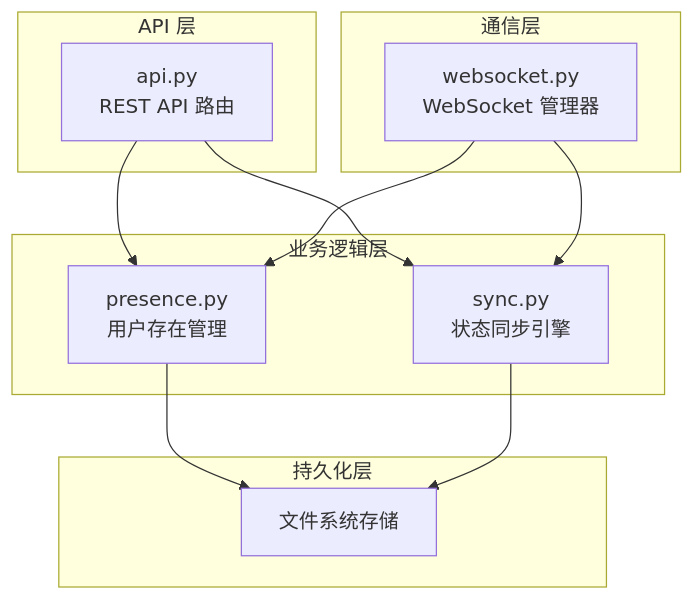
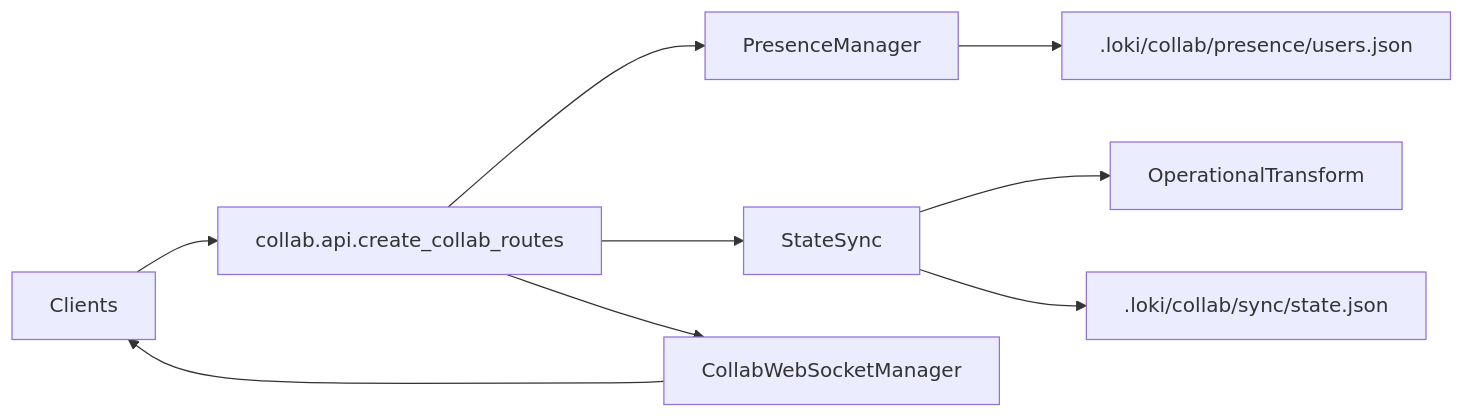
One commit to nerdneilsfield/code-wiki-pages changed the diagram in public/loki-mode-docs/Collaboration.md. Above: the diagram before and after it, drawn with Mermaid. The commit also changed other lines of this file and 399 other files, not shown here.

````diff
--- a/public/loki-mode-docs/Collaboration.md
+++ b/public/loki-mode-docs/Collaboration.md
@@ -23,26 +37,11 @@
 ```mermaid
-graph TB
-    subgraph "API 层"
-        API[api.py<br/>REST API 路由]
-    end
-    
-    subgraph "通信层"
-        WS[websocket.py<br/>WebSocket 管理器]
-    end
-    
-    subgraph "业务逻辑层"
-        Presence[presence.py<br/>用户存在管理]
-        Sync[sync.py<br/>状态同步引擎]
-    end
-    
-    subgraph "持久化层"
-        File[文件系统存储]
-    end
-    
-    API --> Presence
-    API --> Sync
-    WS --> Presence
-    WS --> Sync
-    Presence --> File
-    Sync --> File
+flowchart LR
+    C[Clients] --> API[collab.api.create_collab_routes]
+    API --> P[PresenceManager]
+    API --> S[StateSync]
+    API --> W[CollabWebSocketManager]
+    S --> OT[OperationalTransform]
+    P --> PF[.loki/collab/presence/users.json]
+    S --> SF[.loki/collab/sync/state.json]
+    W --> C
 ```
````
